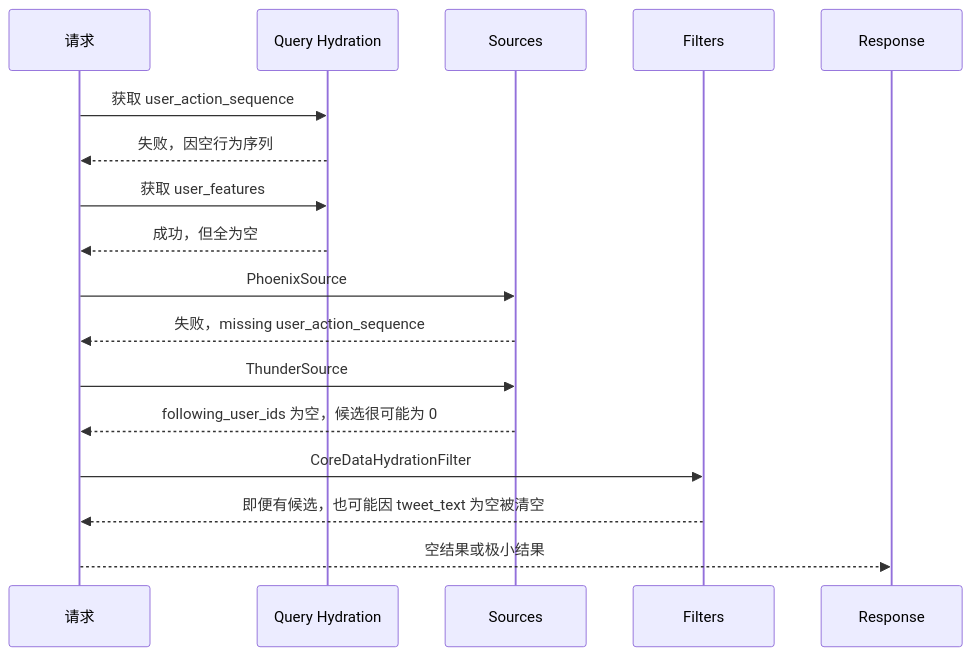
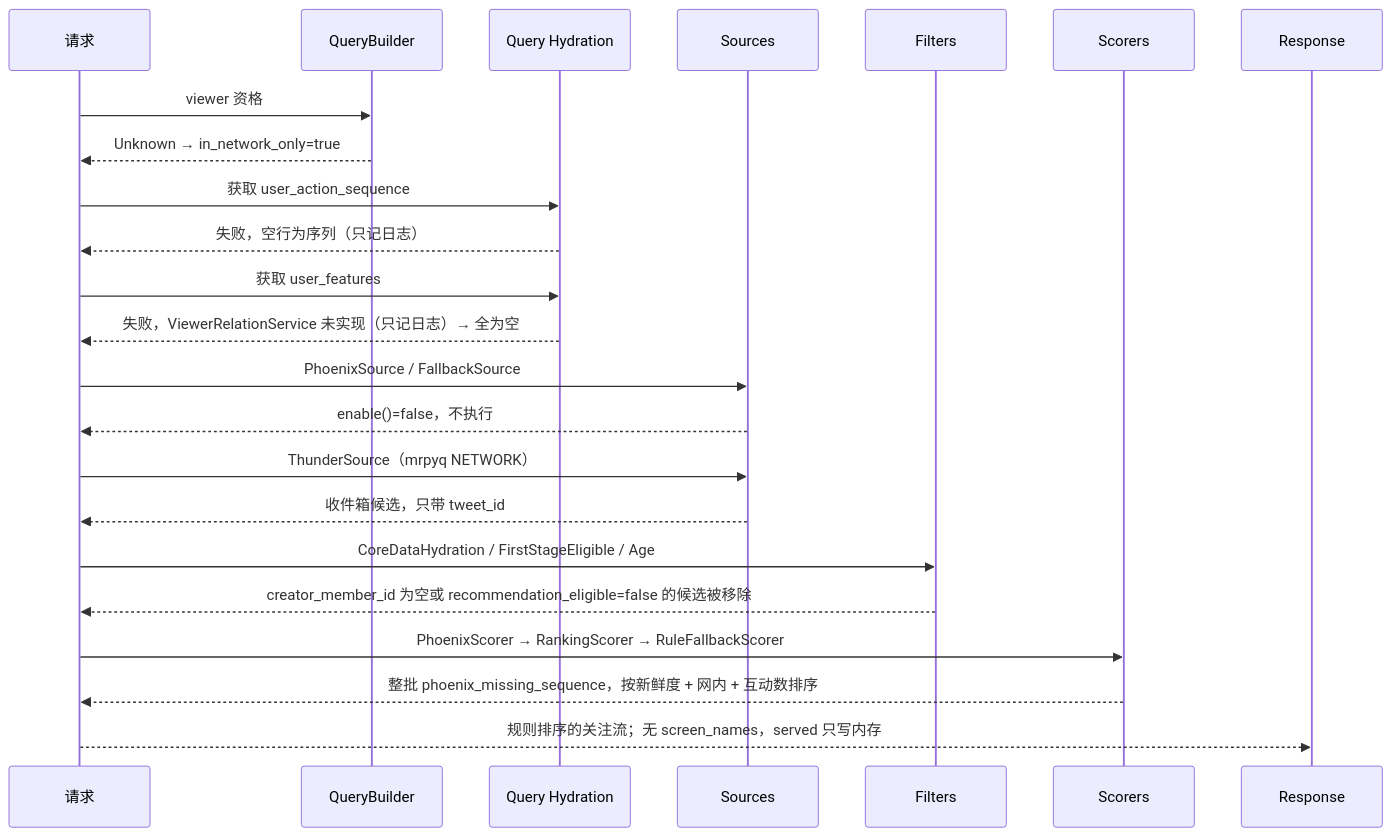
One commit to freefcw/x-algorithm changed the second of 2 diagrams in docs/home-mixer/10-end-to-end-example.md. Above: the diagram before and after it, drawn with Mermaid. The commit also changed other lines of this file and 21 other files, not shown here.

````diff
--- a/docs/home-mixer/10-end-to-end-example.md
+++ b/docs/home-mixer/10-end-to-end-example.md
@@ -222,25 +227,33 @@
 ```mermaid
 sequenceDiagram
     participant Req as 请求
+    participant QB as QueryBuilder
     participant QH as Query Hydration
     participant SRC as Sources
     participant FIL as Filters
+    participant SCO as Scorers
     participant Resp as Response
 
+    Req->>QB: viewer 资格
+    QB-->>Req: Unknown → in_network_only=true
+
     Req->>QH: 获取 user_action_sequence
-    QH-->>Req: 失败，因空行为序列
+    QH-->>Req: 失败，空行为序列（只记日志）
 
     Req->>QH: 获取 user_features
-    QH-->>Req: 成功，但全为空
+    QH-->>Req: 失败，ViewerRelationService 未实现（只记日志）→ 全为空
 
-    Req->>SRC: PhoenixSource
-    SRC-->>Req: 失败，missing user_action_sequence
+    Req->>SRC: PhoenixSource / FallbackSource
+    SRC-->>Req: enable()=false，不执行
 
-    Req->>SRC: ThunderSource
-    SRC-->>Req: following_user_ids 为空，候选很可能为 0
+    Req->>SRC: ThunderSource（mrpyq NETWORK）
+    SRC-->>Req: 收件箱候选，只带 tweet_id
 
-    Req->>FIL: CoreDataHydrationFilter
-    FIL-->>Req: 即便有候选，也可能因 tweet_text 为空被清空
+    Req->>FIL: CoreDataHydration / FirstStageEligible / Age
+    FIL-->>Req: creator_member_id 为空或 recommendation_eligible=false 的候选被移除
 
-    Req-->>Resp: 空结果或极小结果
+    Req->>SCO: PhoenixScorer → RankingScorer → RuleFallbackScorer
+    SCO-->>Req: 整批 phoenix_missing_sequence，按新鲜度 + 网内 + 互动数排序
+
+    Req-->>Resp: 规则排序的关注流；无 screen_names，served 只写内存
 ```
````
